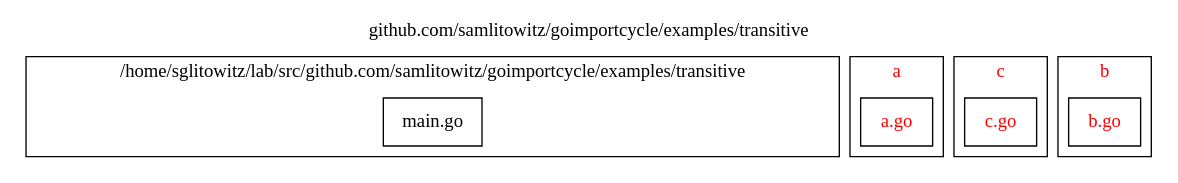
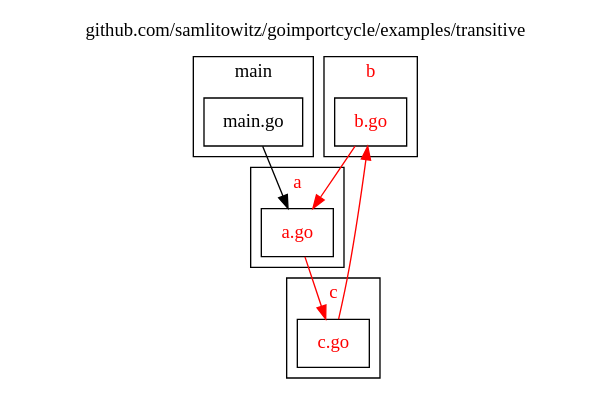
The diagram in assets/examples/transitive/file.dot (samlitowitz/goimportcycle), drawn with Graphviz before and after one commit. The commit also changed 19 other files, not shown here.

```diff
--- a/assets/examples/transitive/file.dot
+++ b/assets/examples/transitive/file.dot
@@ -1,44 +1,48 @@
 
 digraph {
 	labelloc="t";
 	label="github.com/samlitowitz/goimportcycle/examples/transitive";
 	rankdir="TB";
 	node [shape="rect"];
 
+	subgraph cluster_pkg_b {
+		label="b";
+		style="filled";
+		fontcolor="#ff0000";
+		fillcolor="#ffffff";
+
+		pkg_b_file_b [label="b.go", style="filled", fontcolor="#ff0000", fillcolor="#ffffff"];
+	};
+
 	subgraph cluster_pkg_main {
-		label="/home/sglitowitz/lab/src/github.com/samlitowitz/goimportcycle/examples/transitive";
+		label="main";
 		style="filled";
 		fontcolor="#000000";
 		fillcolor="#ffffff";
 
 		pkg_main_file_main [label="main.go", style="filled", fontcolor="#000000", fillcolor="#ffffff"];
 	};
 
 	subgraph cluster_pkg_a {
 		label="a";
 		style="filled";
 		fontcolor="#ff0000";
 		fillcolor="#ffffff";
 
 		pkg_a_file_a [label="a.go", style="filled", fontcolor="#ff0000", fillcolor="#ffffff"];
 	};
 
 	subgraph cluster_pkg_c {
 		label="c";
 		style="filled";
 		fontcolor="#ff0000";
 		fillcolor="#ffffff";
 
 		pkg_c_file_c [label="c.go", style="filled", fontcolor="#ff0000", fillcolor="#ffffff"];
 	};
 
-	subgraph cluster_pkg_b {
-		label="b";
-		style="filled";
-		fontcolor="#ff0000";
-		fillcolor="#ffffff";
-
-		pkg_b_file_b [label="b.go", style="filled", fontcolor="#ff0000", fillcolor="#ffffff"];
-	};
-
+	pkg_b_file_b -> pkg_a_file_a [color="#ff0000"];
+	pkg_main_file_main -> pkg_a_file_a [color="#000000"];
+	pkg_a_file_a -> pkg_c_file_c [color="#ff0000"];
+	pkg_c_file_c -> pkg_b_file_b [color="#ff0000"];
 }
```
